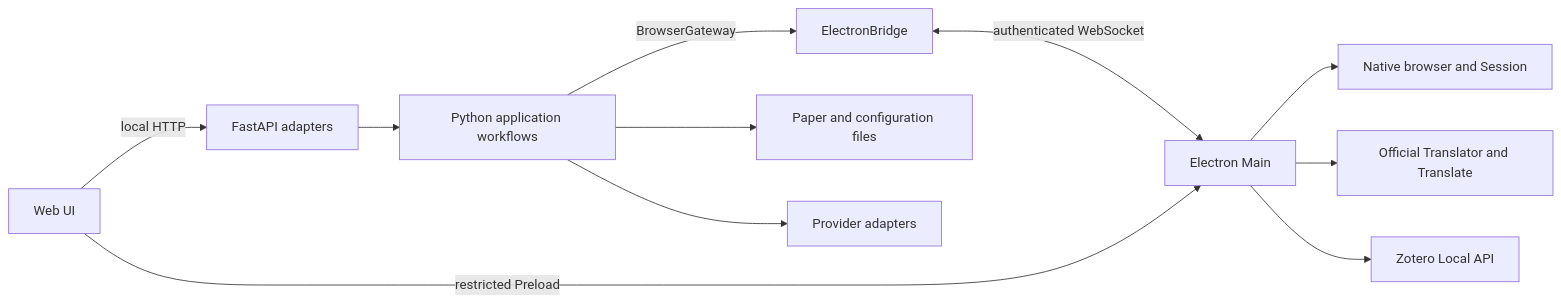
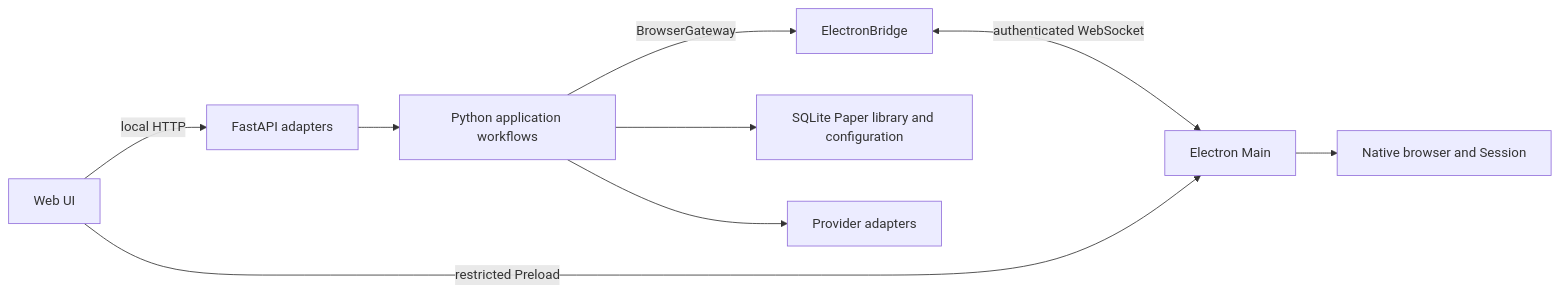
One commit to dylaaan-booob/allfold changed the diagram in docs/architecture.md. Above: the diagram before and after it, drawn with Mermaid. The commit also changed other lines of this file and 76 other files, not shown here.

Commit message:
Switch Library interface and retire legacy native Paper workflows

````diff
--- a/docs/architecture.md
+++ b/docs/architecture.md
@@ -7,13 +7,11 @@
 ```mermaid
 flowchart LR
     UI[Web UI] -->|local HTTP| WEB[FastAPI adapters]
     WEB --> APP[Python application workflows]
     APP -->|BrowserGateway| BRIDGE[ElectronBridge]
     BRIDGE <-->|authenticated WebSocket| MAIN[Electron Main]
     UI -->|restricted Preload| MAIN
     MAIN --> BROWSER[Native browser and Session]
-    MAIN --> TRANSLATE[Official Translator and Translate]
-    MAIN --> ZOTERO[Zotero Local API]
-    APP --> DATA[Paper and configuration files]
+    APP --> DATA[SQLite Paper library and configuration]
     APP --> PROVIDERS[Provider adapters]
 ```
````
